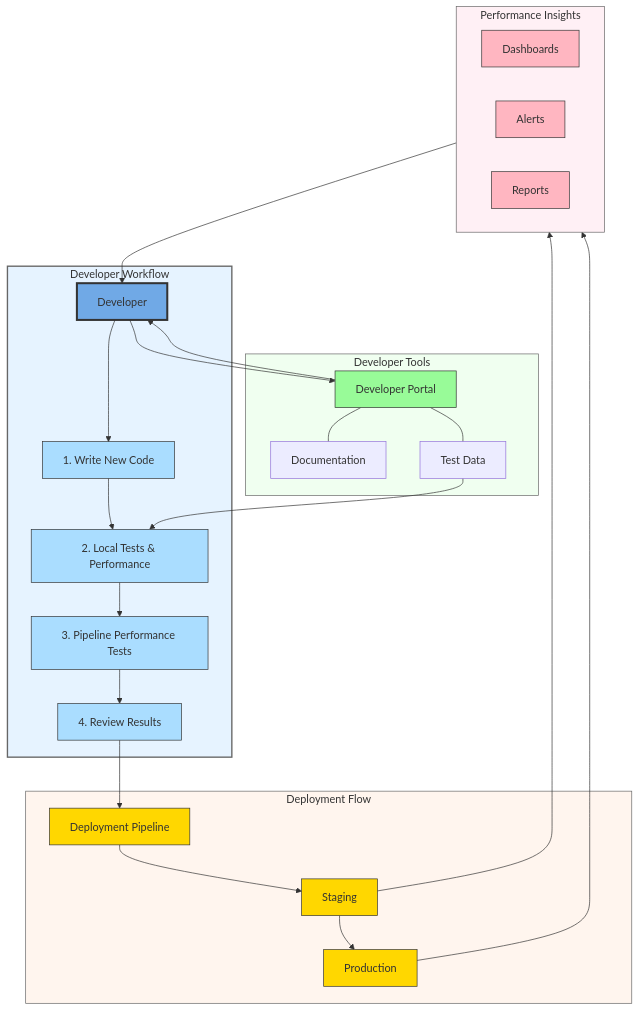
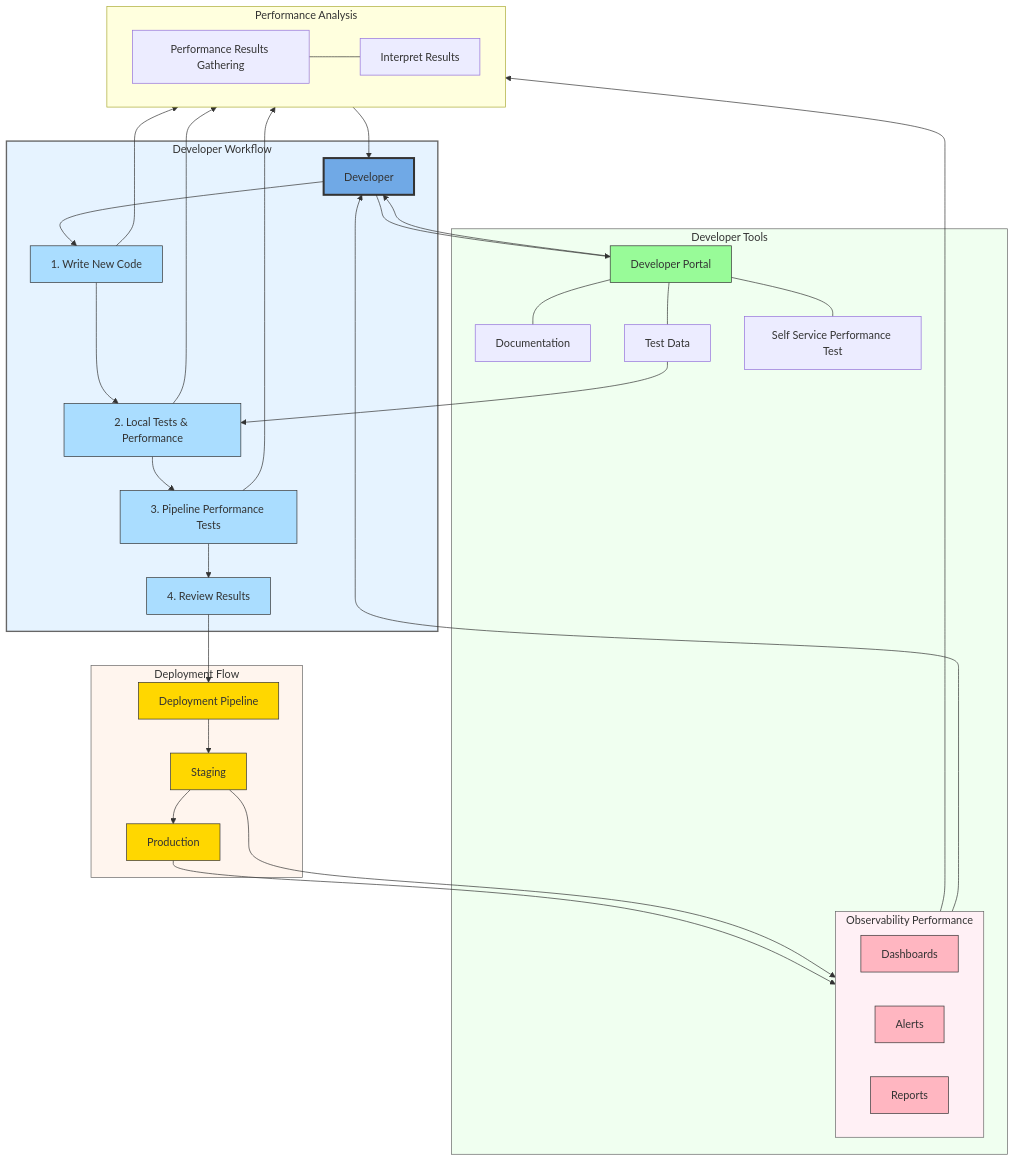
The third of 4 diagrams in content/handbook/engineering/infrastructure-platforms/developer-experience/performance-enablement/_index.md (zalyoung/gitlab-handbook), drawn with Mermaid before and after one commit. The commit also changed other lines of this file, not shown here.

Commit message:
Reorder and new diagram

````diff
--- a/content/handbook/engineering/infrastructure-platforms/developer-experience/performance-enablement/_index.md
+++ b/content/handbook/engineering/infrastructure-platforms/developer-experience/performance-enablement/_index.md
@@ -47,59 +92,75 @@
 ```mermaid
 flowchart TD
     subgraph DW[Developer Workflow]
         Dev[Developer] --> Code[1. Write New Code]
         Code --> Unit[2. Local Tests & Performance]
         Unit --> Perf[3. Pipeline Performance Tests]
         Perf --> Review[4. Review Results]
     end
 
     subgraph Tools[Developer Tools]
         Portal[Developer Portal]
         Docs[Documentation]
         Data[Test Data]
-        
+        Self[Self Service Performance Test]
+      subgraph Insights[Observability Performance]
+          Dash[Dashboards]
+          Alerts[Alerts]
+          Reports[Reports]
+      end       
         Portal --- Docs
         Portal --- Data
+        Portal --- Self
     end
 
     subgraph Auto[Deployment Flow]
         Deploy[Deployment Pipeline]
         Staging[Staging]
         Prod[Production]
     end
+
+
     
-    subgraph Insights[Performance Insights]
-        Dash[Dashboards]
-        Alerts[Alerts]
-        Reports[Reports]
+    subgraph Analysis[Performance Analysis]
+       Gather[Performance Results Gathering]
+       Interpret[Interpret Results]
+   
+       Gather --- Interpret
     end
+
+    Insights --> Analysis
+    Code --> Analysis
+    Unit --> Analysis
+    Perf --> Analysis
+    Analysis --> Dev
+    
 
     Dev --> Portal
     Portal --> Dev
     Data --> Unit
     
     Review --> Deploy
     Deploy --> Staging
     Staging --> Prod
 
     Insights --> Dev
     Prod --> Insights
     Staging --> Insights
 
     style Dev fill:#70a9e6,stroke:#333,stroke-width:3px
     style Code fill:#adf,stroke:#333
     style Unit fill:#adf,stroke:#333
     style Perf fill:#adf,stroke:#333
     style Review fill:#adf,stroke:#333
     style Portal fill:#98fb98,stroke:#333
     style DW fill:#e6f3ff,stroke:#666,stroke-width:2px
     style Tools fill:#f0fff0,stroke:#666
     style Auto fill:#fff5ee,stroke:#666
     style Insights fill:#fff0f5,stroke:#666
     style Deploy fill:#ffd700,stroke:#333
     style Staging fill:#ffd700,stroke:#333
     style Prod fill:#ffd700,stroke:#333
     style Dash fill:#ffb6c1,stroke:#333
     style Alerts fill:#ffb6c1,stroke:#333
     style Reports fill:#ffb6c1,stroke:#333
 ```
````
